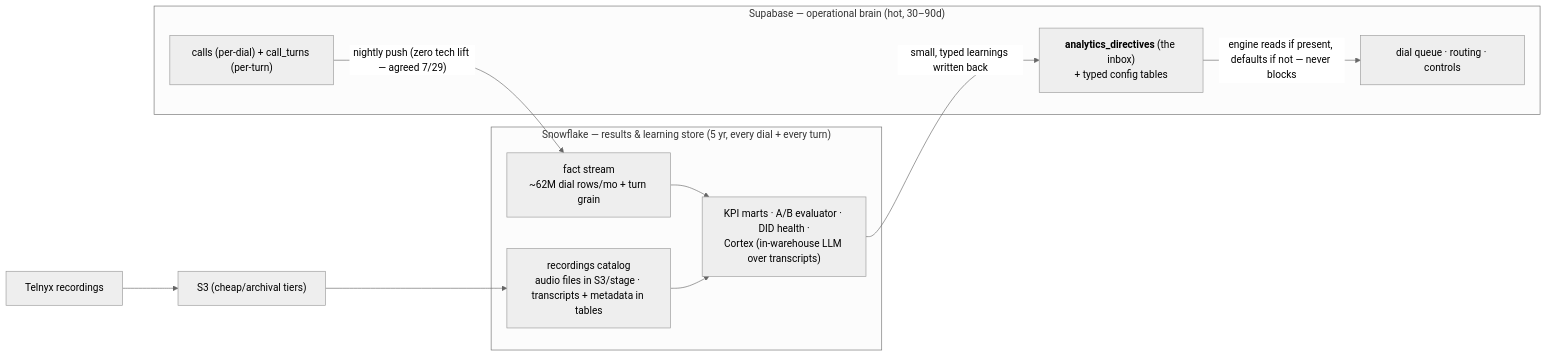
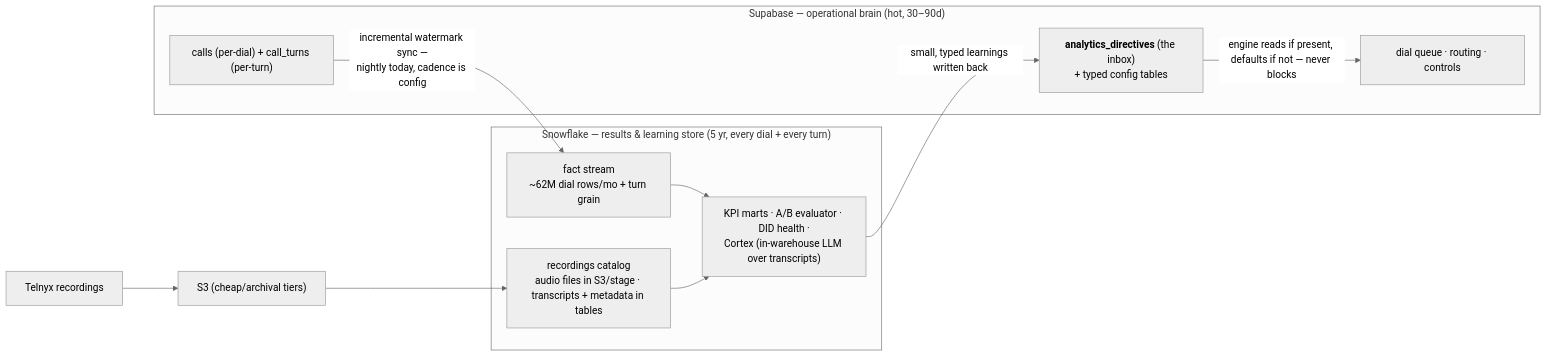
The diagram in docs/architecture/snowflake-value.md (piermadsen-blcalls/fivestrata-dialer), drawn with Mermaid (neutral theme) before and after one commit. The commit also changed other lines of this file, not shown here.

Commit message:
Snowflake cadence analysis: nightly incremental watermark sync stands; intraday actions are Supabase fast-loop reflexes with Snowflake-set thresholds

````diff
--- a/docs/architecture/snowflake-value.md
+++ b/docs/architecture/snowflake-value.md
@@ -12,21 +12,21 @@
 ```mermaid
 flowchart LR
   subgraph HOT["Supabase — operational brain (hot, 30–90d)"]
     DQ["dial queue · routing · controls"]
     CALLS["calls (per-dial) + call_turns (per-turn)"]
     INBOX["<b>analytics_directives</b> (the inbox)<br/>+ typed config tables"]
   end
 
   subgraph COLD["Snowflake — results & learning store (5 yr, every dial + every turn)"]
     FACT["fact stream<br/>~62M dial rows/mo + turn grain"]
     REC["recordings catalog<br/>audio files in S3/stage · transcripts + metadata in tables"]
     MARTS["KPI marts · A/B evaluator · DID health ·<br/>Cortex (in-warehouse LLM over transcripts)"]
   end
 
-  CALLS -- "nightly push (zero tech lift — agreed 7/29)" --> FACT
+  CALLS -- "incremental watermark sync —<br/>nightly today, cadence is config" --> FACT
   TELNYX["Telnyx recordings"] --> S3["S3 (cheap/archival tiers)"] --> REC
   FACT --> MARTS
   REC --> MARTS
   MARTS -- "small, typed learnings written back" --> INBOX
   INBOX -- "engine reads if present, defaults if not — never blocks" --> DQ
 ```
````
